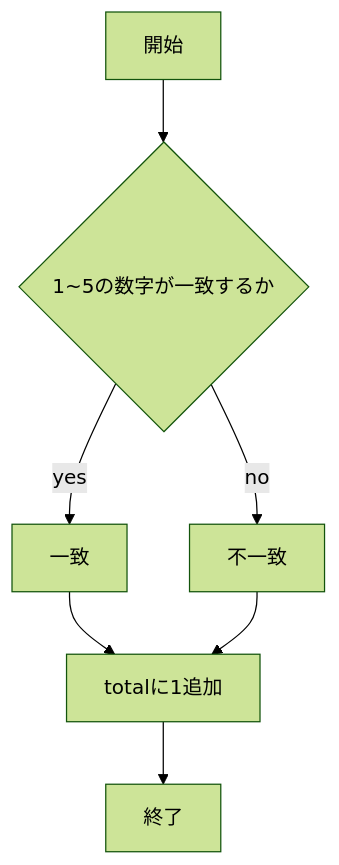
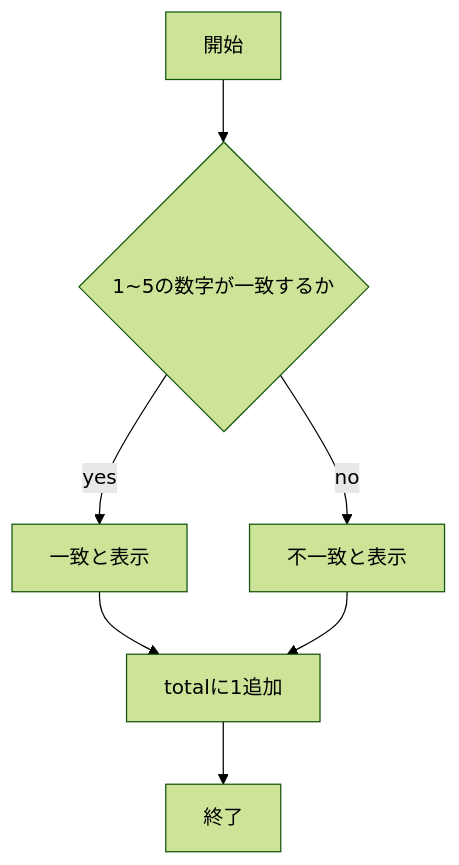
Before and after one commit to YukiYamaguchi-328/webpro_06: the first of 2 diagrams in README.md, drawn with Mermaid (forest theme). The commit also changed other lines of this file, not shown here.

````diff
--- a/README.md
+++ b/README.md
@@ -41,17 +41,17 @@
 ```mermaid
 flowchart TD;
 
 start["開始"];
 end1["終了"]
 if{"1~5の数字が一致するか"}
-itti["一致"]
-huitti["不一致"]
+itti["一致と表示"]
+huitti["不一致と表示"]
 total["totalに1追加"]
 
 start --> if
 if -->|yes| itti
 itti --> total
 if -->|no| huitti
 huitti --> total
 total --> end1
 ```
````
